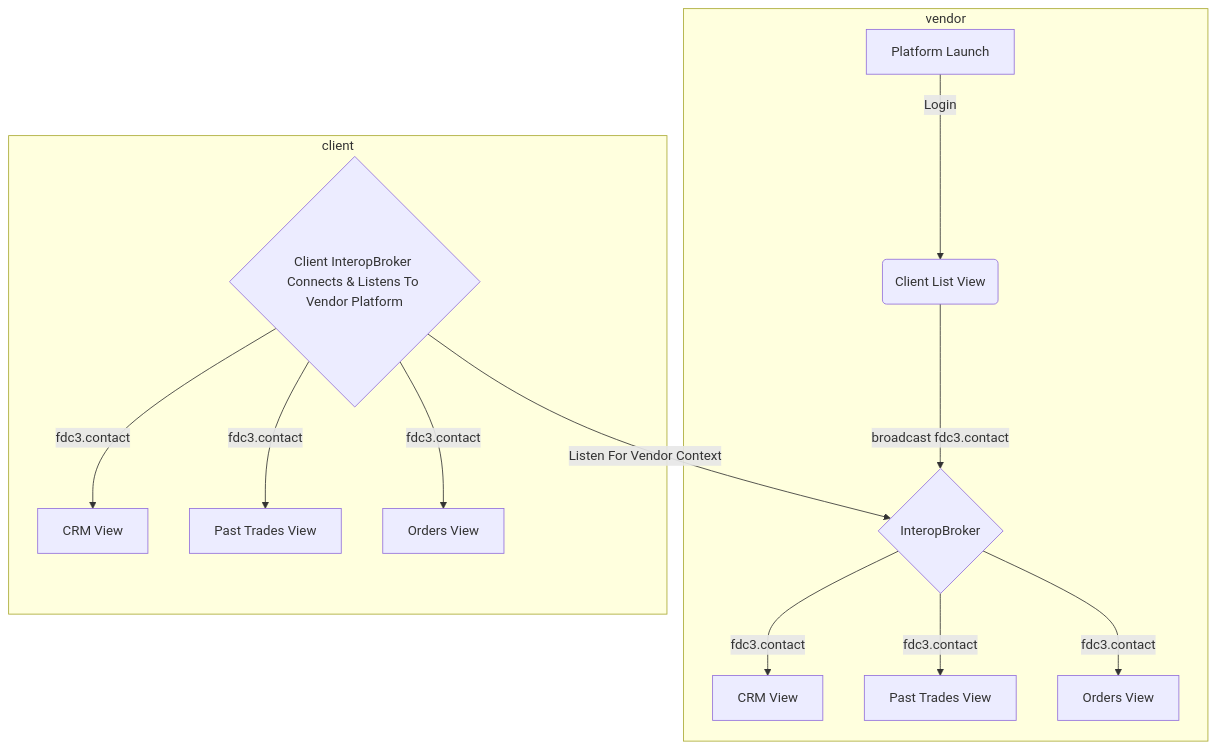
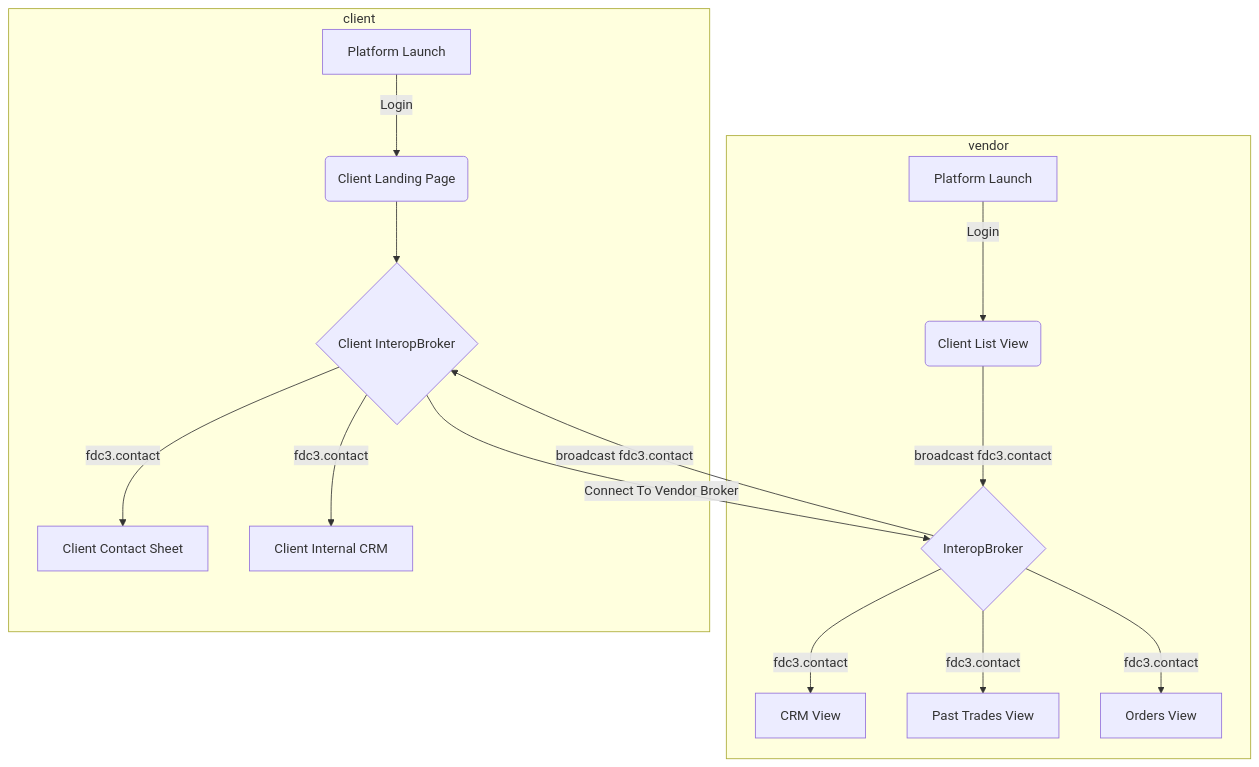
Before and after one commit to built-on-openfin/workspace-starter: the second of 3 diagrams in how-to/customize-workspace/docs/how-can-a-vendor-use-workspace.md, drawn with Mermaid. The commit also changed other lines of this file, not shown here.

````diff
--- a/how-to/customize-workspace/docs/how-can-a-vendor-use-workspace.md
+++ b/how-to/customize-workspace/docs/how-can-a-vendor-use-workspace.md
@@ -45,17 +45,19 @@
 ```mermaid
 flowchart TD
-    CA[Connect & Listen To Vendor Interop Broker] -->|Listen For Vendor Context| VC(Vendor Broadcasts to Connected Clients)
+    CC[Connect Interop Broker] -->|Connect To Vendor Broker| VC(Vendor Broadcasts to Connected Clients)
+    VC -->|broadcast fdc3.contact| CC
     subgraph vendor
         VA[Platform Launch] -->|Login| VB(Client List View)
         VB --> |broadcast fdc3.contact| VC{InteropBroker}
         VC -->|fdc3.contact| VD[CRM View]
         VC -->|fdc3.contact| VE[Past Trades View]
         VC -->|fdc3.contact| VF[Orders View]
     end
     subgraph client
-        CA{Client InteropBroker Connects & Listens To Vendor Platform}
-        CA -->|fdc3.contact| CB[CRM View]
-        CA -->|fdc3.contact| CC[Past Trades View]
-        CA -->|fdc3.contact| CD[Orders View]
+        CA[Platform Launch] -->|Login| CB(Client Landing Page)
+        CB --> CC
+        CC{Client InteropBroker}
+        CC -->|fdc3.contact| CD[Client Contact Sheet]
+        CC -->|fdc3.contact| CE[Client Internal CRM]
     end
 ```
````
